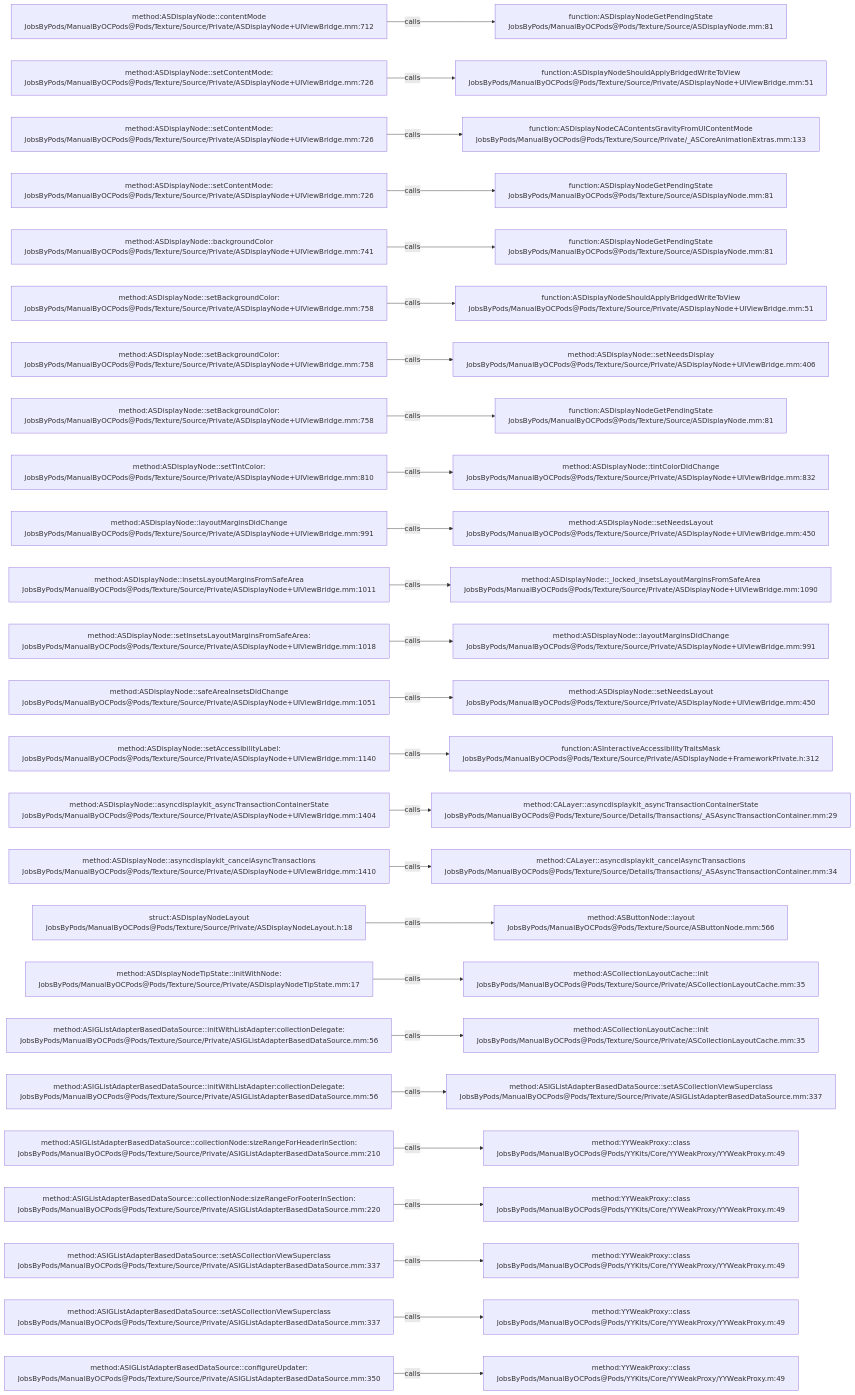
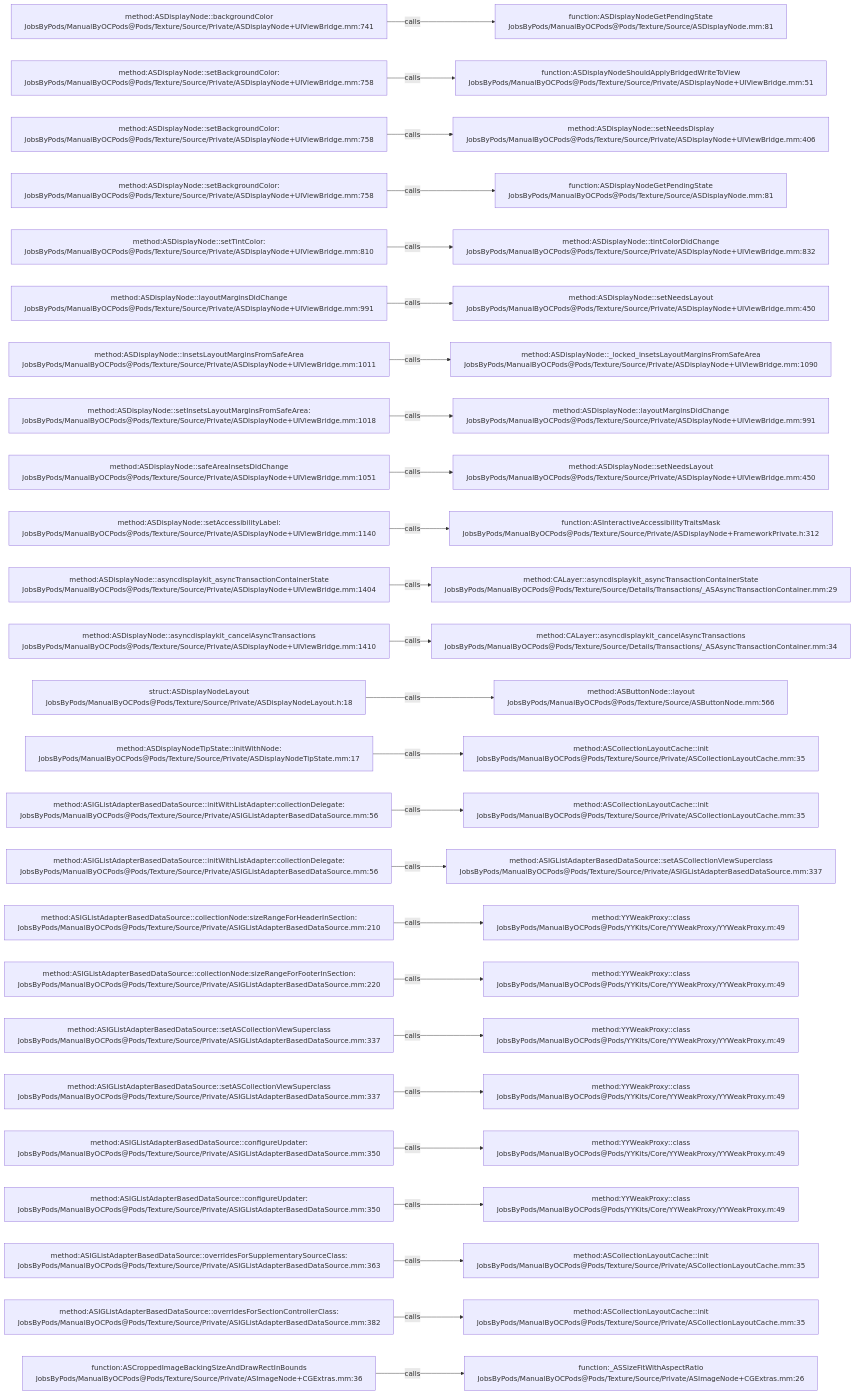
One commit to JobsKits/JobsOCBaseConfigDemo changed the diagram in .codegraph/codegraph.md/graphs/calls-187.md. Above: the diagram before and after it, drawn with Mermaid. The commit also changed 727 other files, not shown here.

````diff
--- a/.codegraph/codegraph.md/graphs/calls-187.md
+++ b/.codegraph/codegraph.md/graphs/calls-187.md
@@ -13,78 +13,78 @@
 ```mermaid
 flowchart LR
-  S1["method:ASDisplayNode::contentMode<br/>JobsByPods/ManualByOCPods@Pods/Texture/Source/Private/ASDisplayNode+UIViewBridge.mm:712"]
+  S1["method:ASDisplayNode::backgroundColor<br/>JobsByPods/ManualByOCPods@Pods/Texture/Source/Private/ASDisplayNode+UIViewBridge.mm:741"]
   T1["function:ASDisplayNodeGetPendingState<br/>JobsByPods/ManualByOCPods@Pods/Texture/Source/ASDisplayNode.mm:81"]
   S1 -->|calls| T1
-  S2["method:ASDisplayNode::setContentMode:<br/>JobsByPods/ManualByOCPods@Pods/Texture/Source/Private/ASDisplayNode+UIViewBridge.mm:726"]
+  S2["method:ASDisplayNode::setBackgroundColor:<br/>JobsByPods/ManualByOCPods@Pods/Texture/Source/Private/ASDisplayNode+UIViewBridge.mm:758"]
   T2["function:ASDisplayNodeShouldApplyBridgedWriteToView<br/>JobsByPods/ManualByOCPods@Pods/Texture/Source/Private/ASDisplayNode+UIViewBridge.mm:51"]
   S2 -->|calls| T2
-  S3["method:ASDisplayNode::setContentMode:<br/>JobsByPods/ManualByOCPods@Pods/Texture/Source/Private/ASDisplayNode+UIViewBridge.mm:726"]
-  T3["function:ASDisplayNodeCAContentsGravityFromUIContentMode<br/>JobsByPods/ManualByOCPods@Pods/Texture/Source/Private/_ASCoreAnimationExtras.mm:133"]
+  S3["method:ASDisplayNode::setBackgroundColor:<br/>JobsByPods/ManualByOCPods@Pods/Texture/Source/Private/ASDisplayNode+UIViewBridge.mm:758"]
+  T3["method:ASDisplayNode::setNeedsDisplay<br/>JobsByPods/ManualByOCPods@Pods/Texture/Source/Private/ASDisplayNode+UIViewBridge.mm:406"]
   S3 -->|calls| T3
-  S4["method:ASDisplayNode::setContentMode:<br/>JobsByPods/ManualByOCPods@Pods/Texture/Source/Private/ASDisplayNode+UIViewBridge.mm:726"]
+  S4["method:ASDisplayNode::setBackgroundColor:<br/>JobsByPods/ManualByOCPods@Pods/Texture/Source/Private/ASDisplayNode+UIViewBridge.mm:758"]
   T4["function:ASDisplayNodeGetPendingState<br/>JobsByPods/ManualByOCPods@Pods/Texture/Source/ASDisplayNode.mm:81"]
   S4 -->|calls| T4
-  S5["method:ASDisplayNode::backgroundColor<br/>JobsByPods/ManualByOCPods@Pods/Texture/Source/Private/ASDisplayNode+UIViewBridge.mm:741"]
-  T5["function:ASDisplayNodeGetPendingState<br/>JobsByPods/ManualByOCPods@Pods/Texture/Source/ASDisplayNode.mm:81"]
+  S5["method:ASDisplayNode::setTintColor:<br/>JobsByPods/ManualByOCPods@Pods/Texture/Source/Private/ASDisplayNode+UIViewBridge.mm:810"]
+  T5["method:ASDisplayNode::tintColorDidChange<br/>JobsByPods/ManualByOCPods@Pods/Texture/Source/Private/ASDisplayNode+UIViewBridge.mm:832"]
   S5 -->|calls| T5
-  S6["method:ASDisplayNode::setBackgroundColor:<br/>JobsByPods/ManualByOCPods@Pods/Texture/Source/Private/ASDisplayNode+UIViewBridge.mm:758"]
-  T6["function:ASDisplayNodeShouldApplyBridgedWriteToView<br/>JobsByPods/ManualByOCPods@Pods/Texture/Source/Private/ASDisplayNode+UIViewBridge.mm:51"]
+  S6["method:ASDisplayNode::layoutMarginsDidChange<br/>JobsByPods/ManualByOCPods@Pods/Texture/Source/Private/ASDisplayNode+UIViewBridge.mm:991"]
+  T6["method:ASDisplayNode::setNeedsLayout<br/>JobsByPods/ManualByOCPods@Pods/Texture/Source/Private/ASDisplayNode+UIViewBridge.mm:450"]
   S6 -->|calls| T6
-  S7["method:ASDisplayNode::setBackgroundColor:<br/>JobsByPods/ManualByOCPods@Pods/Texture/Source/Private/ASDisplayNode+UIViewBridge.mm:758"]
-  T7["method:ASDisplayNode::setNeedsDisplay<br/>JobsByPods/ManualByOCPods@Pods/Texture/Source/Private/ASDisplayNode+UIViewBridge.mm:406"]
+  S7["method:ASDisplayNode::insetsLayoutMarginsFromSafeArea<br/>JobsByPods/ManualByOCPods@Pods/Texture/Source/Private/ASDisplayNode+UIViewBridge.mm:1011"]
+  T7["method:ASDisplayNode::_locked_insetsLayoutMarginsFromSafeArea<br/>JobsByPods/ManualByOCPods@Pods/Texture/Source/Private/ASDisplayNode+UIViewBridge.mm:1090"]
   S7 -->|calls| T7
-  S8["method:ASDisplayNode::setBackgroundColor:<br/>JobsByPods/ManualByOCPods@Pods/Texture/Source/Private/ASDisplayNode+UIViewBridge.mm:758"]
-  T8["function:ASDisplayNodeGetPendingState<br/>JobsByPods/ManualByOCPods@Pods/Texture/Source/ASDisplayNode.mm:81"]
+  S8["method:ASDisplayNode::setInsetsLayoutMarginsFromSafeArea:<br/>JobsByPods/ManualByOCPods@Pods/Texture/Source/Private/ASDisplayNode+UIViewBridge.mm:1018"]
+  T8["method:ASDisplayNode::layoutMarginsDidChange<br/>JobsByPods/ManualByOCPods@Pods/Texture/Source/Private/ASDisplayNode+UIViewBridge.mm:991"]
   S8 -->|calls| T8
-  S9["method:ASDisplayNode::setTintColor:<br/>JobsByPods/ManualByOCPods@Pods/Texture/Source/Private/ASDisplayNode+UIViewBridge.mm:810"]
-  T9["method:ASDisplayNode::tintColorDidChange<br/>JobsByPods/ManualByOCPods@Pods/Texture/Source/Private/ASDisplayNode+UIViewBridge.mm:832"]
+  S9["method:ASDisplayNode::safeAreaInsetsDidChange<br/>JobsByPods/ManualByOCPods@Pods/Texture/Source/Private/ASDisplayNode+UIViewBridge.mm:1051"]
+  T9["method:ASDisplayNode::setNeedsLayout<br/>JobsByPods/ManualByOCPods@Pods/Texture/Source/Private/ASDisplayNode+UIViewBridge.mm:450"]
   S9 -->|calls| T9
-  S10["method:ASDisplayNode::layoutMarginsDidChange<br/>JobsByPods/ManualByOCPods@Pods/Texture/Source/Private/ASDisplayNode+UIViewBridge.mm:991"]
-  T10["method:ASDisplayNode::setNeedsLayout<br/>JobsByPods/ManualByOCPods@Pods/Texture/Source/Private/ASDisplayNode+UIViewBridge.mm:450"]
+  S10["method:ASDisplayNode::setAccessibilityLabel:<br/>JobsByPods/ManualByOCPods@Pods/Texture/Source/Private/ASDisplayNode+UIViewBridge.mm:1140"]
+  T10["function:ASInteractiveAccessibilityTraitsMask<br/>JobsByPods/ManualByOCPods@Pods/Texture/Source/Private/ASDisplayNode+FrameworkPrivate.h:312"]
   S10 -->|calls| T10
-  S11["method:ASDisplayNode::insetsLayoutMarginsFromSafeArea<br/>JobsByPods/ManualByOCPods@Pods/Texture/Source/Private/ASDisplayNode+UIViewBridge.mm:1011"]
-  T11["method:ASDisplayNode::_locked_insetsLayoutMarginsFromSafeArea<br/>JobsByPods/ManualByOCPods@Pods/Texture/Source/Private/ASDisplayNode+UIViewBridge.mm:1090"]
+  S11["method:ASDisplayNode::asyncdisplaykit_asyncTransactionContainerState<br/>JobsByPods/ManualByOCPods@Pods/Texture/Source/Private/ASDisplayNode+UIViewBridge.mm:1404"]
+  T11["method:CALayer::asyncdisplaykit_asyncTransactionContainerState<br/>JobsByPods/ManualByOCPods@Pods/Texture/Source/Details/Transactions/_ASAsyncTransactionContainer.mm:29"]
   S11 -->|calls| T11
-  S12["method:ASDisplayNode::setInsetsLayoutMarginsFromSafeArea:<br/>JobsByPods/ManualByOCPods@Pods/Texture/Source/Private/ASDisplayNode+UIViewBridge.mm:1018"]
-  T12["method:ASDisplayNode::layoutMarginsDidChange<br/>JobsByPods/ManualByOCPods@Pods/Texture/Source/Private/ASDisplayNode+UIViewBridge.mm:991"]
+  S12["method:ASDisplayNode::asyncdisplaykit_cancelAsyncTransactions<br/>JobsByPods/ManualByOCPods@Pods/Texture/Source/Private/ASDisplayNode+UIViewBridge.mm:1410"]
+  T12["method:CALayer::asyncdisplaykit_cancelAsyncTransactions<br/>JobsByPods/ManualByOCPods@Pods/Texture/Source/Details/Transactions/_ASAsyncTransactionContainer.mm:34"]
   S12 -->|calls| T12
-  S13["method:ASDisplayNode::safeAreaInsetsDidChange<br/>JobsByPods/ManualByOCPods@Pods/Texture/Source/Private/ASDisplayNode+UIViewBridge.mm:1051"]
-  T13["method:ASDisplayNode::setNeedsLayout<br/>JobsByPods/ManualByOCPods@Pods/Texture/Source/Private/ASDisplayNode+UIViewBridge.mm:450"]
+  S13["struct:ASDisplayNodeLayout<br/>JobsByPods/ManualByOCPods@Pods/Texture/Source/Private/ASDisplayNodeLayout.h:18"]
+  T13["method:ASButtonNode::layout<br/>JobsByPods/ManualByOCPods@Pods/Texture/Source/ASButtonNode.mm:566"]
   S13 -->|calls| T13
-  S14["method:ASDisplayNode::setAccessibilityLabel:<br/>JobsByPods/ManualByOCPods@Pods/Texture/Source/Private/ASDisplayNode+UIViewBridge.mm:1140"]
-  T14["function:ASInteractiveAccessibilityTraitsMask<br/>JobsByPods/ManualByOCPods@Pods/Texture/Source/Private/ASDisplayNode+FrameworkPrivate.h:312"]
+  S14["method:ASDisplayNodeTipState::initWithNode:<br/>JobsByPods/ManualByOCPods@Pods/Texture/Source/Private/ASDisplayNodeTipState.mm:17"]
+  T14["method:ASCollectionLayoutCache::init<br/>JobsByPods/ManualByOCPods@Pods/Texture/Source/Private/ASCollectionLayoutCache.mm:35"]
   S14 -->|calls| T14
-  S15["method:ASDisplayNode::asyncdisplaykit_asyncTransactionContainerState<br/>JobsByPods/ManualByOCPods@Pods/Texture/Source/Private/ASDisplayNode+UIViewBridge.mm:1404"]
-  T15["method:CALayer::asyncdisplaykit_asyncTransactionContainerState<br/>JobsByPods/ManualByOCPods@Pods/Texture/Source/Details/Transactions/_ASAsyncTransactionContainer.mm:29"]
+  S15["method:ASIGListAdapterBasedDataSource::initWithListAdapter:collectionDelegate:<br/>JobsByPods/ManualByOCPods@Pods/Texture/Source/Private/ASIGListAdapterBasedDataSource.mm:56"]
+  T15["method:ASCollectionLayoutCache::init<br/>JobsByPods/ManualByOCPods@Pods/Texture/Source/Private/ASCollectionLayoutCache.mm:35"]
   S15 -->|calls| T15
-  S16["method:ASDisplayNode::asyncdisplaykit_cancelAsyncTransactions<br/>JobsByPods/ManualByOCPods@Pods/Texture/Source/Private/ASDisplayNode+UIViewBridge.mm:1410"]
-  T16["method:CALayer::asyncdisplaykit_cancelAsyncTransactions<br/>JobsByPods/ManualByOCPods@Pods/Texture/Source/Details/Transactions/_ASAsyncTransactionContainer.mm:34"]
+  S16["method:ASIGListAdapterBasedDataSource::initWithListAdapter:collectionDelegate:<br/>JobsByPods/ManualByOCPods@Pods/Texture/Source/Private/ASIGListAdapterBasedDataSource.mm:56"]
+  T16["method:ASIGListAdapterBasedDataSource::setASCollectionViewSuperclass<br/>JobsByPods/ManualByOCPods@Pods/Texture/Source/Private/ASIGListAdapterBasedDataSource.mm:337"]
   S16 -->|calls| T16
-  S17["struct:ASDisplayNodeLayout<br/>JobsByPods/ManualByOCPods@Pods/Texture/Source/Private/ASDisplayNodeLayout.h:18"]
-  T17["method:ASButtonNode::layout<br/>JobsByPods/ManualByOCPods@Pods/Texture/Source/ASButtonNode.mm:566"]
+  S17["method:ASIGListAdapterBasedDataSource::collectionNode:sizeRangeForHeaderInSection:<br/>JobsByPods/ManualByOCPods@Pods/Texture/Source/Private/ASIGListAdapterBasedDataSource.mm:210"]
+  T17["method:YYWeakProxy::class<br/>JobsByPods/ManualByOCPods@Pods/YYKits/Core/YYWeakProxy/YYWeakProxy.m:49"]
   S17 -->|calls| T17
-  S18["method:ASDisplayNodeTipState::initWithNode:<br/>JobsByPods/ManualByOCPods@Pods/Texture/Source/Private/ASDisplayNodeTipState.mm:17"]
-  T18["method:ASCollectionLayoutCache::init<br/>JobsByPods/ManualByOCPods@Pods/Texture/Source/Private/ASCollectionLayoutCache.mm:35"]
+  S18["method:ASIGListAdapterBasedDataSource::collectionNode:sizeRangeForFooterInSection:<br/>JobsByPods/ManualByOCPods@Pods/Texture/Source/Private/ASIGListAdapterBasedDataSource.mm:220"]
+  T18["method:YYWeakProxy::class<br/>JobsByPods/ManualByOCPods@Pods/YYKits/Core/YYWeakProxy/YYWeakProxy.m:49"]
   S18 -->|calls| T18
-  S19["method:ASIGListAdapterBasedDataSource::initWithListAdapter:collectionDelegate:<br/>JobsByPods/ManualByOCPods@Pods/Texture/Source/Private/ASIGListAdapterBasedDataSource.mm:56"]
-  T19["method:ASCollectionLayoutCache::init<br/>JobsByPods/ManualByOCPods@Pods/Texture/Source/Private/ASCollectionLayoutCache.mm:35"]
+  S19["method:ASIGListAdapterBasedDataSource::setASCollectionViewSuperclass<br/>JobsByPods/ManualByOCPods@Pods/Texture/Source/Private/ASIGListAdapterBasedDataSource.mm:337"]
+  T19["method:YYWeakProxy::class<br/>JobsByPods/ManualByOCPods@Pods/YYKits/Core/YYWeakProxy/YYWeakProxy.m:49"]
   S19 -->|calls| T19
-  S20["method:ASIGListAdapterBasedDataSource::initWithListAdapter:collectionDelegate:<br/>JobsByPods/ManualByOCPods@Pods/Texture/Source/Private/ASIGListAdapterBasedDataSource.mm:56"]
-  T20["method:ASIGListAdapterBasedDataSource::setASCollectionViewSuperclass<br/>JobsByPods/ManualByOCPods@Pods/Texture/Source/Private/ASIGListAdapterBasedDataSource.mm:337"]
+  S20["method:ASIGListAdapterBasedDataSource::setASCollectionViewSuperclass<br/>JobsByPods/ManualByOCPods@Pods/Texture/Source/Private/ASIGListAdapterBasedDataSource.mm:337"]
+  T20["method:YYWeakProxy::class<br/>JobsByPods/ManualByOCPods@Pods/YYKits/Core/YYWeakProxy/YYWeakProxy.m:49"]
   S20 -->|calls| T20
-  S21["method:ASIGListAdapterBasedDataSource::collectionNode:sizeRangeForHeaderInSection:<br/>JobsByPods/ManualByOCPods@Pods/Texture/Source/Private/ASIGListAdapterBasedDataSource.mm:210"]
+  S21["method:ASIGListAdapterBasedDataSource::configureUpdater:<br/>JobsByPods/ManualByOCPods@Pods/Texture/Source/Private/ASIGListAdapterBasedDataSource.mm:350"]
   T21["method:YYWeakProxy::class<br/>JobsByPods/ManualByOCPods@Pods/YYKits/Core/YYWeakProxy/YYWeakProxy.m:49"]
   S21 -->|calls| T21
-  S22["method:ASIGListAdapterBasedDataSource::collectionNode:sizeRangeForFooterInSection:<br/>JobsByPods/ManualByOCPods@Pods/Texture/Source/Private/ASIGListAdapterBasedDataSource.mm:220"]
+  S22["method:ASIGListAdapterBasedDataSource::configureUpdater:<br/>JobsByPods/ManualByOCPods@Pods/Texture/Source/Private/ASIGListAdapterBasedDataSource.mm:350"]
   T22["method:YYWeakProxy::class<br/>JobsByPods/ManualByOCPods@Pods/YYKits/Core/YYWeakProxy/YYWeakProxy.m:49"]
   S22 -->|calls| T22
-  S23["method:ASIGListAdapterBasedDataSource::setASCollectionViewSuperclass<br/>JobsByPods/ManualByOCPods@Pods/Texture/Source/Private/ASIGListAdapterBasedDataSource.mm:337"]
-  T23["method:YYWeakProxy::class<br/>JobsByPods/ManualByOCPods@Pods/YYKits/Core/YYWeakProxy/YYWeakProxy.m:49"]
+  S23["method:ASIGListAdapterBasedDataSource::overridesForSupplementarySourceClass:<br/>JobsByPods/ManualByOCPods@Pods/Texture/Source/Private/ASIGListAdapterBasedDataSource.mm:363"]
+  T23["method:ASCollectionLayoutCache::init<br/>JobsByPods/ManualByOCPods@Pods/Texture/Source/Private/ASCollectionLayoutCache.mm:35"]
   S23 -->|calls| T23
-  S24["method:ASIGListAdapterBasedDataSource::setASCollectionViewSuperclass<br/>JobsByPods/ManualByOCPods@Pods/Texture/Source/Private/ASIGListAdapterBasedDataSource.mm:337"]
-  T24["method:YYWeakProxy::class<br/>JobsByPods/ManualByOCPods@Pods/YYKits/Core/YYWeakProxy/YYWeakProxy.m:49"]
+  S24["method:ASIGListAdapterBasedDataSource::overridesForSectionControllerClass:<br/>JobsByPods/ManualByOCPods@Pods/Texture/Source/Private/ASIGListAdapterBasedDataSource.mm:382"]
+  T24["method:ASCollectionLayoutCache::init<br/>JobsByPods/ManualByOCPods@Pods/Texture/Source/Private/ASCollectionLayoutCache.mm:35"]
   S24 -->|calls| T24
-  S25["method:ASIGListAdapterBasedDataSource::configureUpdater:<br/>JobsByPods/ManualByOCPods@Pods/Texture/Source/Private/ASIGListAdapterBasedDataSource.mm:350"]
-  T25["method:YYWeakProxy::class<br/>JobsByPods/ManualByOCPods@Pods/YYKits/Core/YYWeakProxy/YYWeakProxy.m:49"]
+  S25["function:ASCroppedImageBackingSizeAndDrawRectInBounds<br/>JobsByPods/ManualByOCPods@Pods/Texture/Source/Private/ASImageNode+CGExtras.mm:36"]
+  T25["function:_ASSizeFitWithAspectRatio<br/>JobsByPods/ManualByOCPods@Pods/Texture/Source/Private/ASImageNode+CGExtras.mm:26"]
   S25 -->|calls| T25
 ```
````
